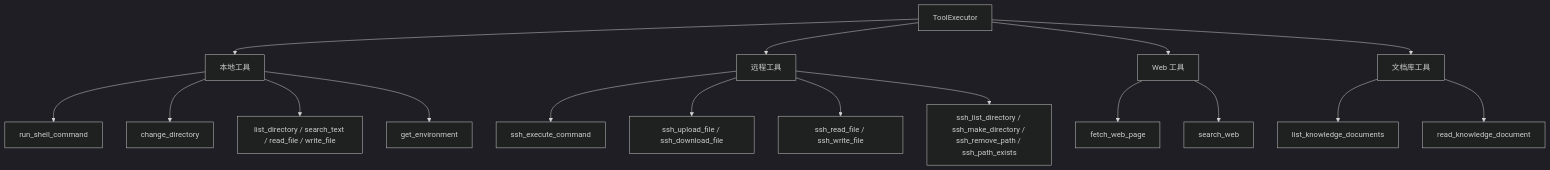
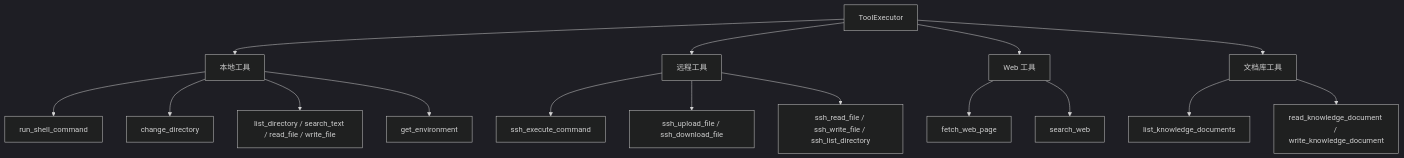
The seventh of 11 diagrams in docs/design.md (Autoexecra/lumin-chat), drawn with Mermaid (dark theme) before and after one commit. The commit also changed other lines of this file and 32 other files, not shown here.

````diff
--- a/docs/design.md
+++ b/docs/design.md
@@ -217,24 +218,23 @@
 ```mermaid
 flowchart TB
     TOOLKIT[ToolExecutor]
     TOOLKIT --> LOCAL[本地工具]
     TOOLKIT --> REMOTE[远程工具]
     TOOLKIT --> WEB[Web 工具]
     TOOLKIT --> DOC[文档库工具]
 
     LOCAL --> L1[run_shell_command]
     LOCAL --> L2[change_directory]
     LOCAL --> L3[list_directory / search_text / read_file / write_file]
     LOCAL --> L4[get_environment]
 
     REMOTE --> R1[ssh_execute_command]
     REMOTE --> R2[ssh_upload_file / ssh_download_file]
-    REMOTE --> R3[ssh_read_file / ssh_write_file]
-    REMOTE --> R4[ssh_list_directory / ssh_make_directory / ssh_remove_path / ssh_path_exists]
+    REMOTE --> R3[ssh_read_file / ssh_write_file / ssh_list_directory]
 
     WEB --> W1[fetch_web_page]
     WEB --> W2[search_web]
 
     DOC --> D1[list_knowledge_documents]
-    DOC --> D2[read_knowledge_document]
+    DOC --> D2[read_knowledge_document / write_knowledge_document]
 ```
````
